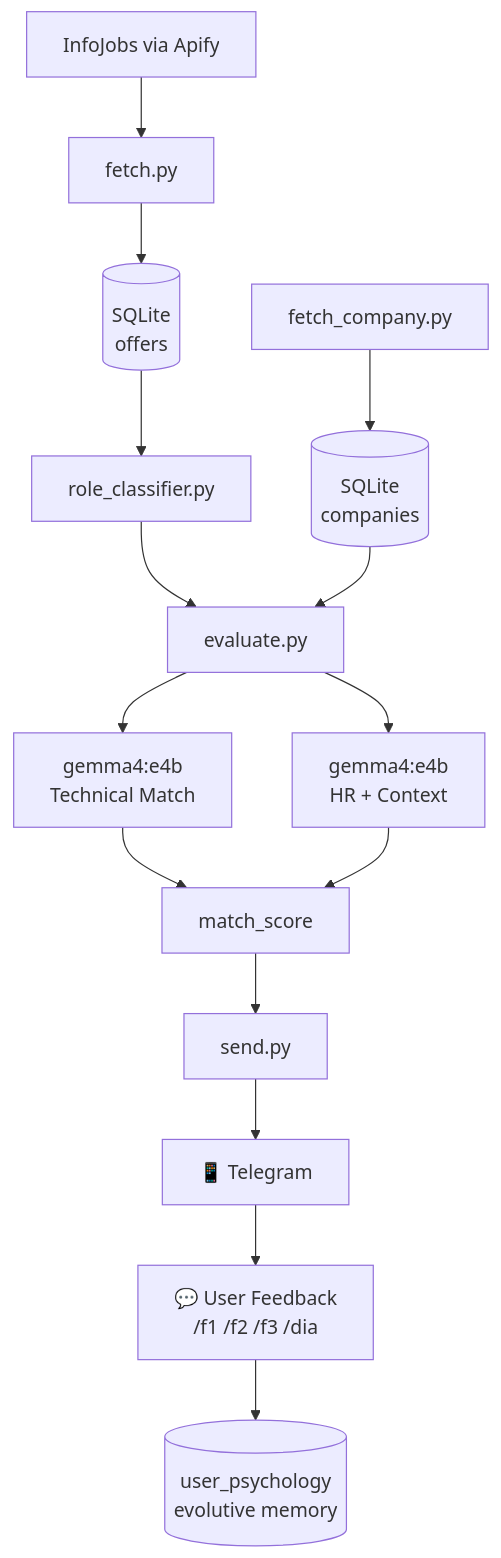
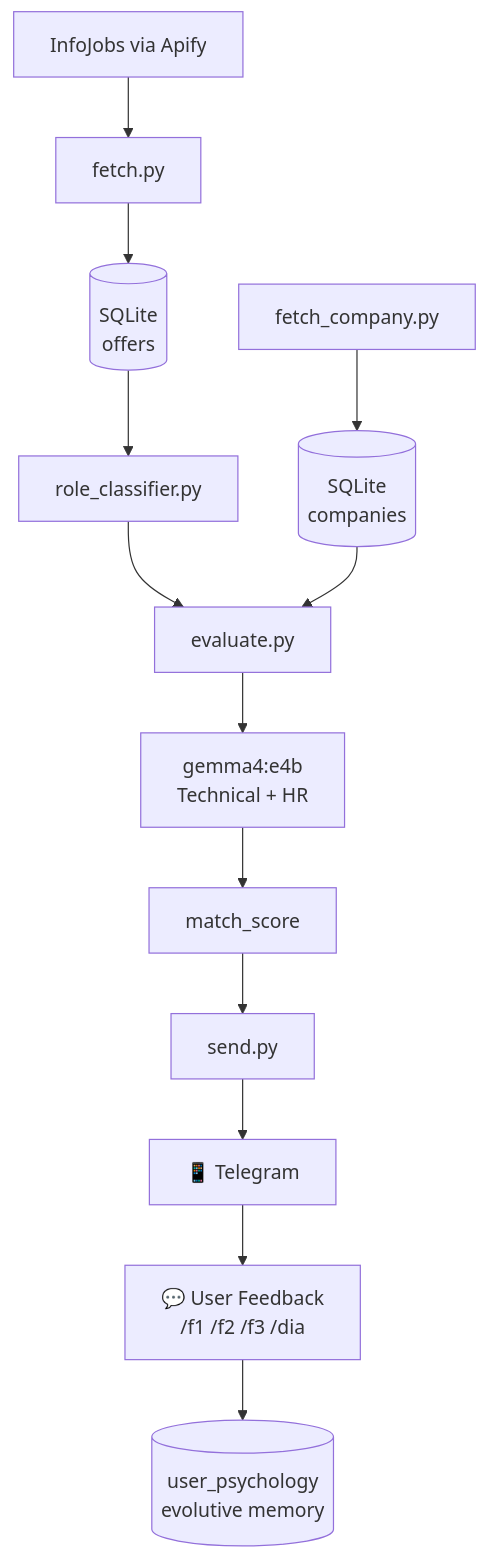
Before and after one commit to Veidos/job-intelligence-agent: the diagram in README.md, drawn with Mermaid. The commit also changed other lines of this file, not shown here.

````diff
--- a/README.md
+++ b/README.md
@@ -18,17 +17,15 @@
 ```mermaid
 flowchart TD
     A[InfoJobs via Apify] --> B[fetch.py]
     B --> C[(SQLite\noffers)]
     C --> D[role_classifier.py]
     D --> E[evaluate.py]
-    E --> F[gemma4:e4b\nTechnical Match]
-    E --> G[gemma4:e4b\nHR + Context]
-    F --> H[match_score]
-    G --> H
-    H --> I[send.py]
-    I --> J[📱 Telegram]
+    E --> F[gemma4:e4b\nTechnical + HR]
+    F --> G[match_score]
+    G --> H[send.py]
+    H --> I[📱 Telegram]
     K[fetch_company.py] --> L[(SQLite\ncompanies)]
     L --> E
-    J --> M[💬 User Feedback\n/f1 /f2 /f3 /dia]
+    I --> M[💬 User Feedback\n/f1 /f2 /f3 /dia]
     M --> N[(user_psychology\nevolutive memory)]
 ```
````
